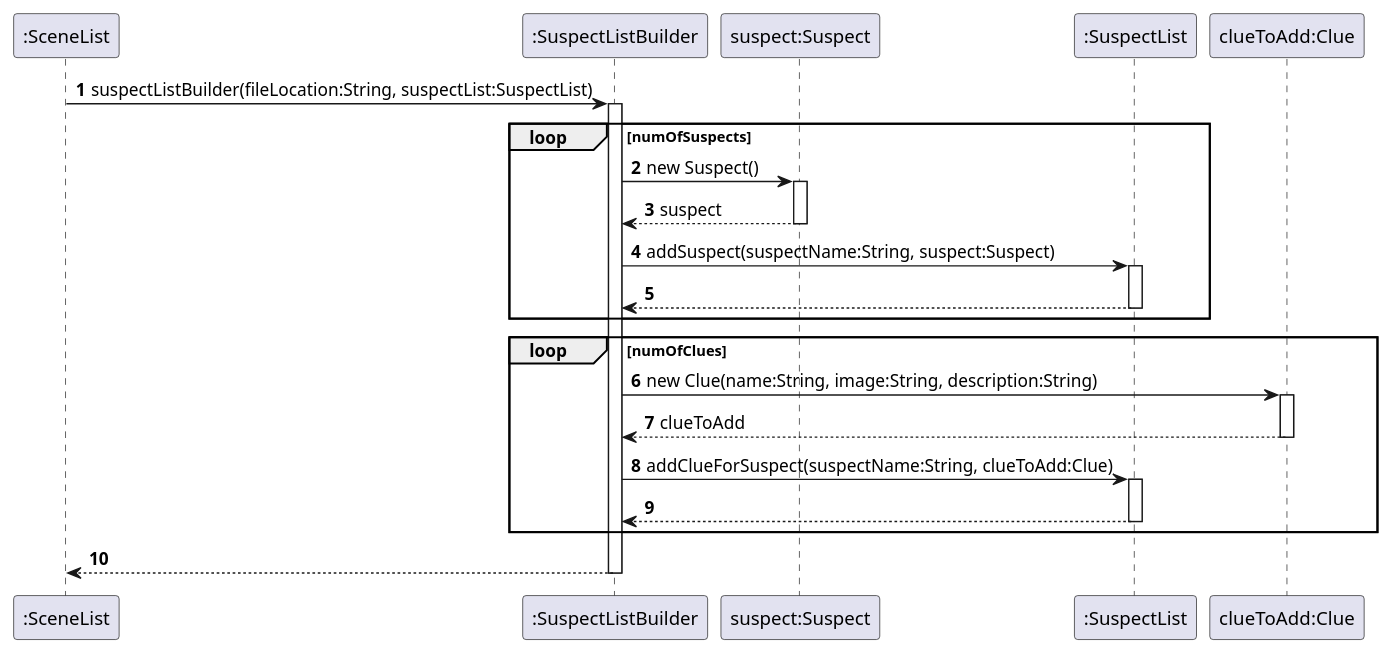
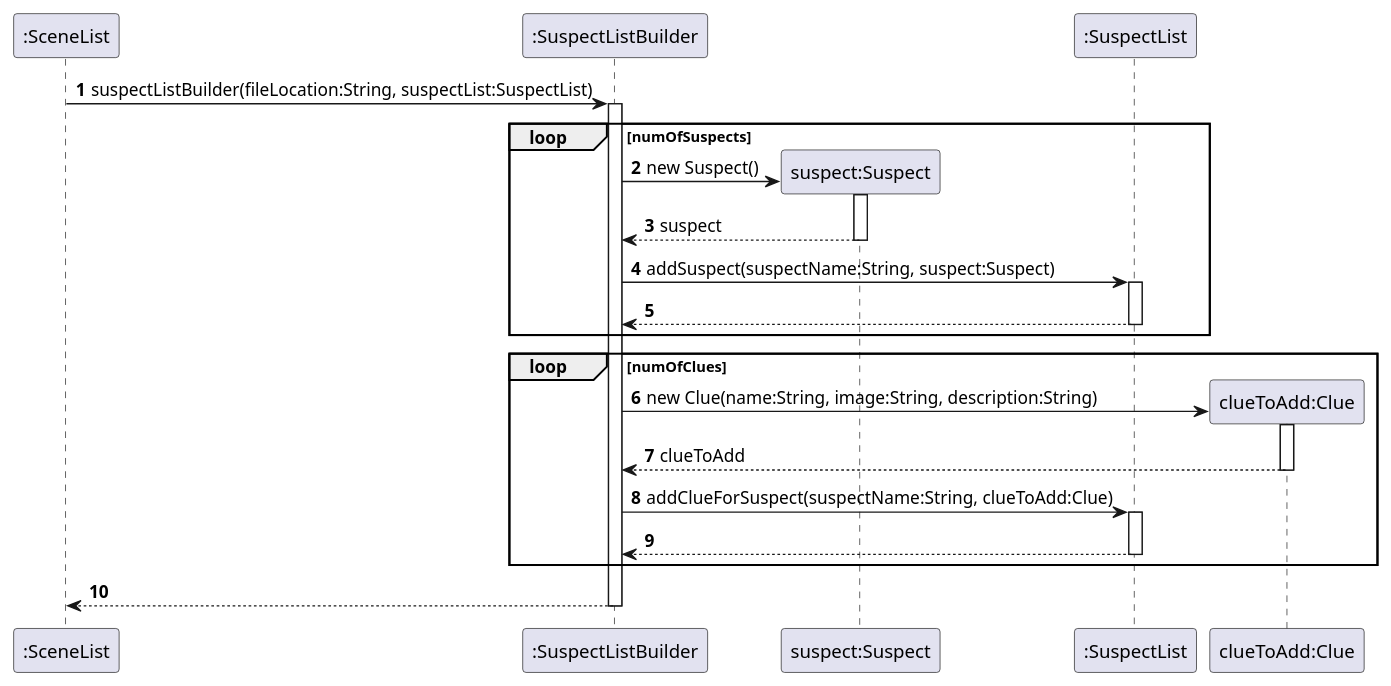
One commit to peng-217/tp changed the diagram in docs/Suspect.puml. Above: the diagram before and after it, drawn with PlantUML. The commit also changed 3 other files, not shown here.

```diff
--- a/docs/Suspect.puml
+++ b/docs/Suspect.puml
@@ -1,35 +1,37 @@
 @startuml
 'https://plantuml.com/sequence-diagram
 
 autonumber
 
 
 ":SceneList" -> ":SuspectListBuilder" :suspectListBuilder(fileLocation:String, suspectList:SuspectList)
 loop numOfSuspects
     activate ":SuspectListBuilder"
+    create "suspect:Suspect"
     ":SuspectListBuilder" -> "suspect:Suspect" :new Suspect()
     activate "suspect:Suspect"
     "suspect:Suspect" --> ":SuspectListBuilder" :suspect
     deactivate "suspect:Suspect"
     ":SuspectListBuilder" -> ":SuspectList" :addSuspect(suspectName:String, suspect:Suspect)
     activate ":SuspectList"
     ":SuspectList" --> ":SuspectListBuilder"
     deactivate ":SuspectList"
 
     end
 loop numOfClues
+    create "clueToAdd:Clue"
     ":SuspectListBuilder" -> "clueToAdd:Clue" :new Clue(name:String, image:String, description:String)
     activate "clueToAdd:Clue"
     "clueToAdd:Clue" --> ":SuspectListBuilder" :clueToAdd
     deactivate "clueToAdd:Clue"
     ":SuspectListBuilder" -> ":SuspectList" :addClueForSuspect(suspectName:String, clueToAdd:Clue)
     activate ":SuspectList"
     ":SuspectList" --> ":SuspectListBuilder"
     deactivate ":SuspectList"
     end
 ":SuspectListBuilder" --> ":SceneList"
 deactivate ":SuspectListBuilder"
 
 
 
 @enduml
```
